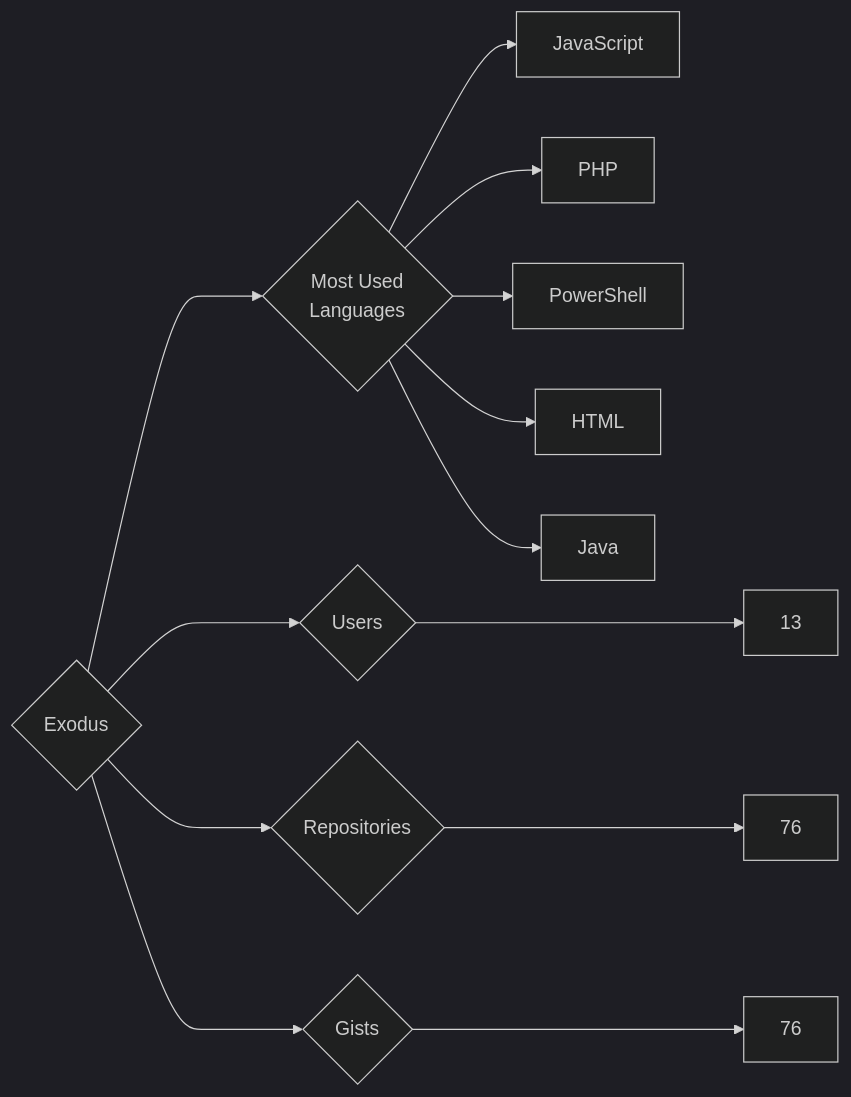
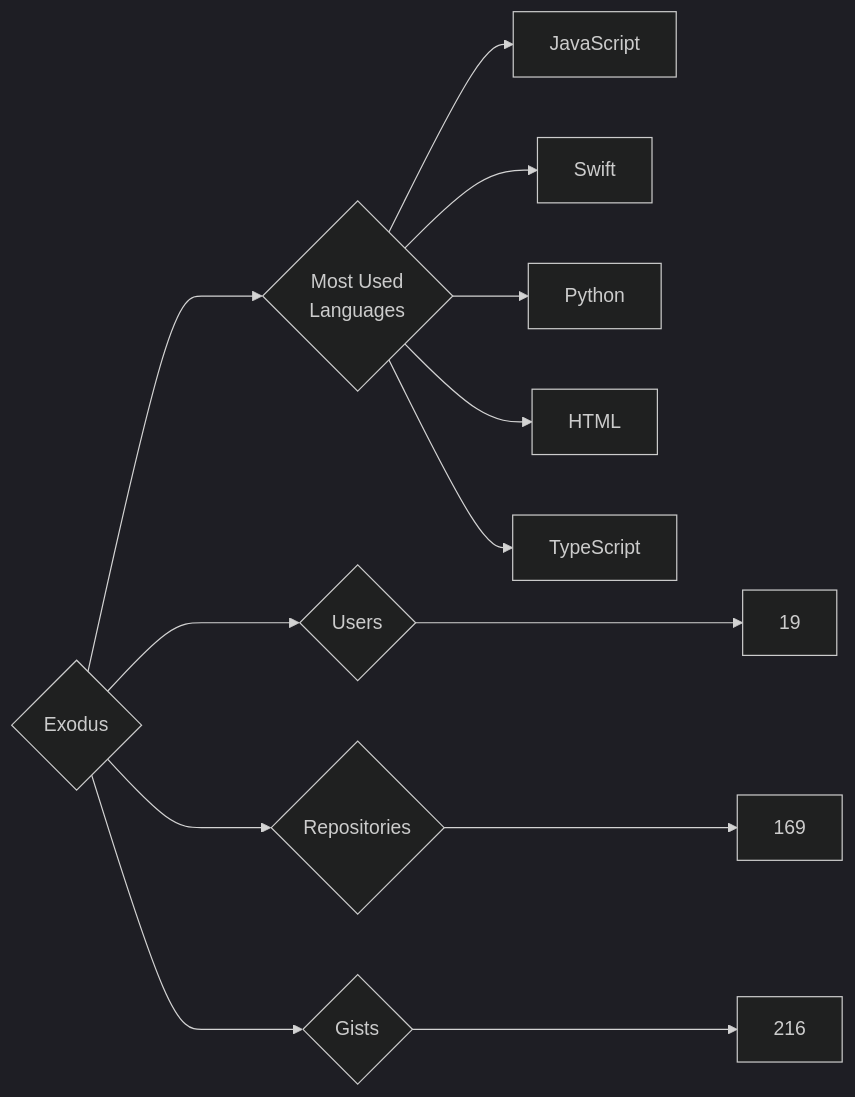
Before and after one commit to trickest/insiders: the diagram in targets/Exodus/README.md, drawn with Mermaid (dark theme). The commit also changed 736 other files, not shown here.

````diff
--- a/targets/Exodus/README.md
+++ b/targets/Exodus/README.md
@@ -3,13 +3,13 @@
 ```mermaid
 graph LR
 COMPANY_NAME{Exodus}
-COMPANY_NAME ---> U{Users} ---> UN[13]
-COMPANY_NAME ---> R{Repositories} ---> RN[76]
-COMPANY_NAME ---> G{Gists} ---> GN[76]
+COMPANY_NAME ---> U{Users} ---> UN[19]
+COMPANY_NAME ---> R{Repositories} ---> RN[169]
+COMPANY_NAME ---> G{Gists} ---> GN[216]
 COMPANY_NAME ---> ML{Most Used<br>Languages}
 ML --> JavaScript[JavaScript]
-ML --> PHP[PHP]
-ML --> PowerShell[PowerShell]
+ML --> Swift[Swift]
+ML --> Python[Python]
 ML --> HTML[HTML]
-ML --> Java[Java]
+ML --> TypeScript[TypeScript]
 ```
````
